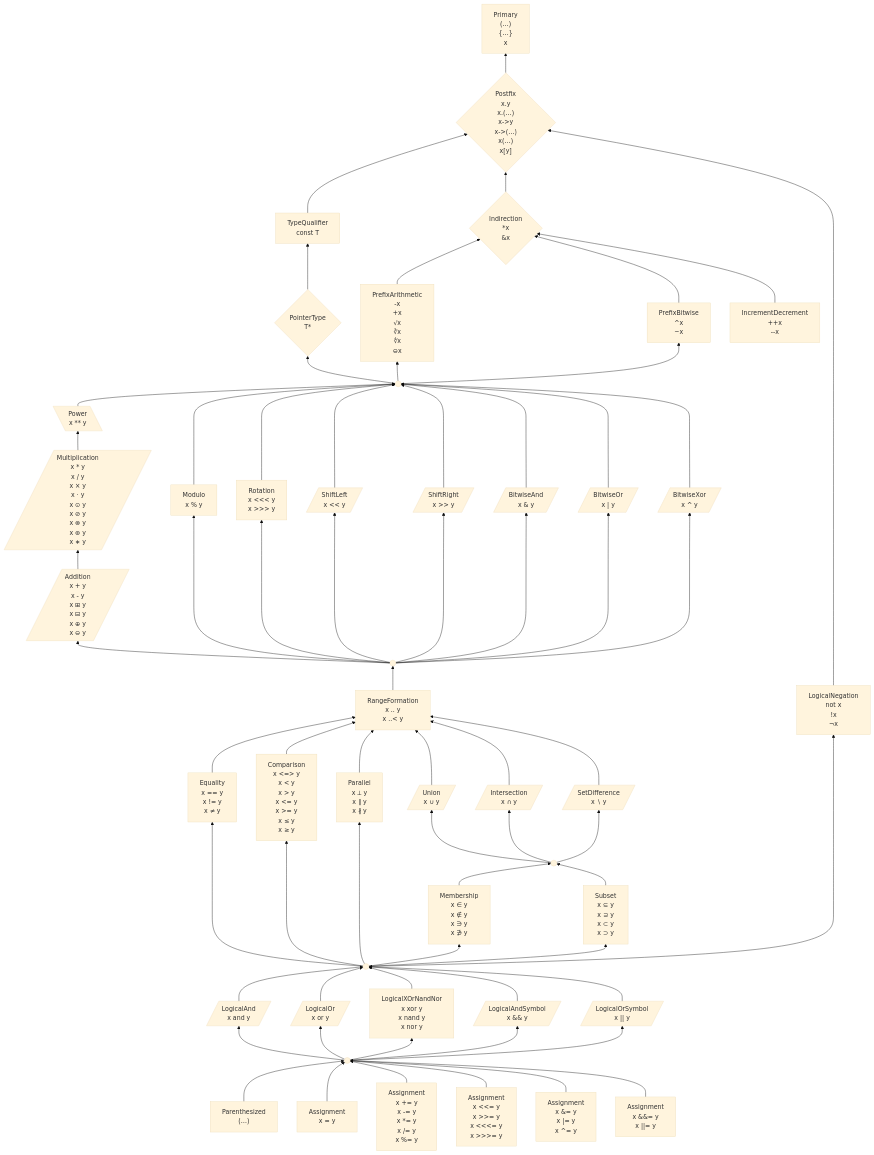
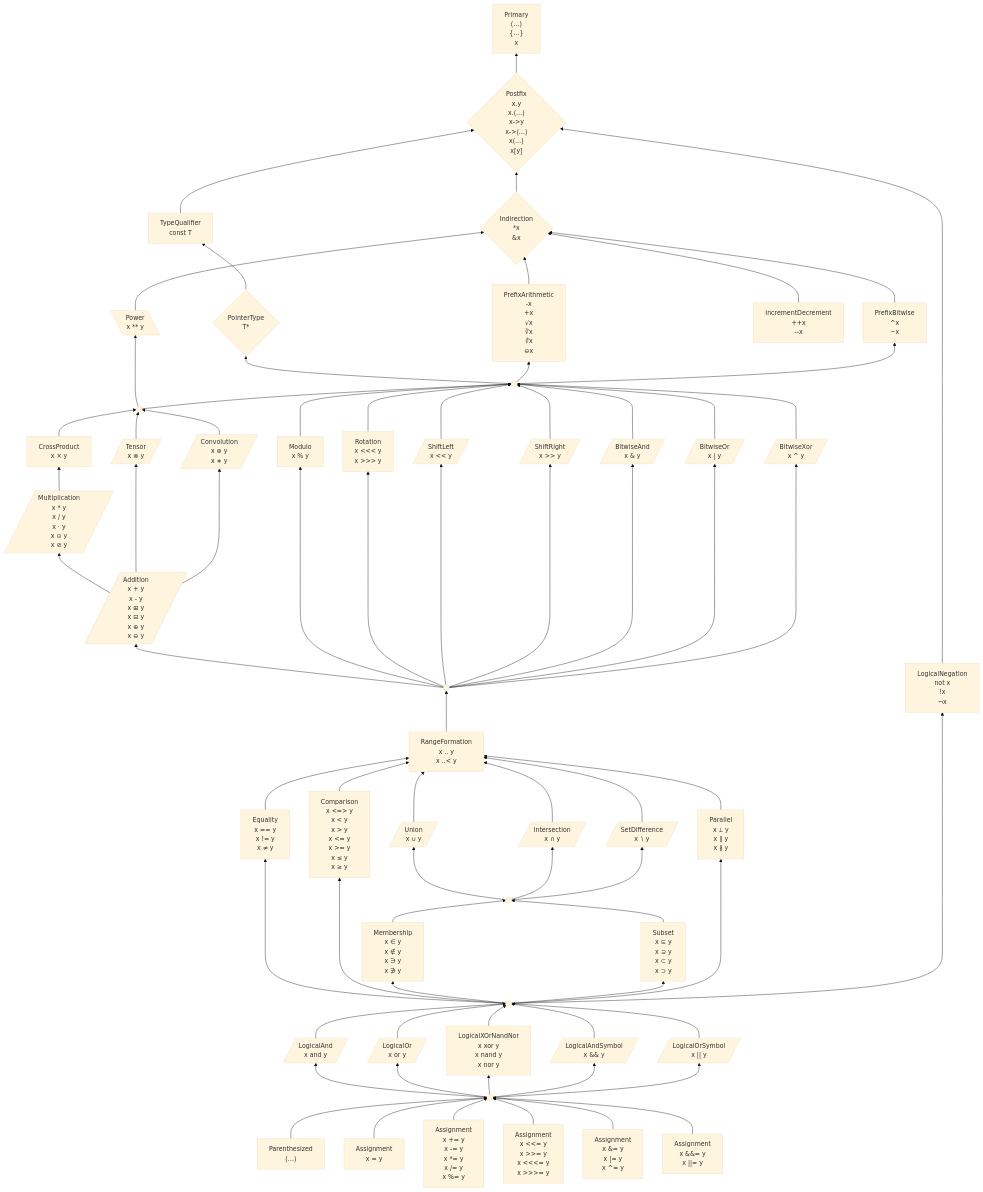
One commit to laro/Cilia changed the first of 2 diagrams in 6 .../2 Unfinished Ideas.md. Above: the diagram before and after it, drawn with Mermaid (base theme). The commit also changed other lines of this file, not shown here.

```diff
--- a/6 .../2 Unfinished Ideas.md
+++ b/6 .../2 Unfinished Ideas.md
@@ -238,22 +238,36 @@
     unary((" "))
 
 
-    power --> unary
+    %% No edge to prefixArithmetic/complement: `-x ** 2` requires parentheses
+    power --> pointer
     power[\"Power
 x ** y"\]
 
-    multiplication --> power
+    product --> power & unary
+    product((" "))
+
+    crossProduct --> product
+    crossProduct["CrossProduct
+x × y"]
+
+    multiplication --> crossProduct
     multiplication[/"Multiplication
 x * y
 x / y
-x × y
 x ⋅ y
 x ⊙ y
-x ⊘ y
-x ⊗ y
+x ⊘ y"/]
+
+    tensor --> product
+    tensor[/"Tensor
+x ⊗ y"/]
+
+    convolution --> product
+    convolution[/"Convolution
 x ⊛ y
 x ∗ y"/]
-    addition --> multiplication
+
+    addition --> multiplication & tensor & convolution
     addition[/"Addition
 x + y
 x - y
```
